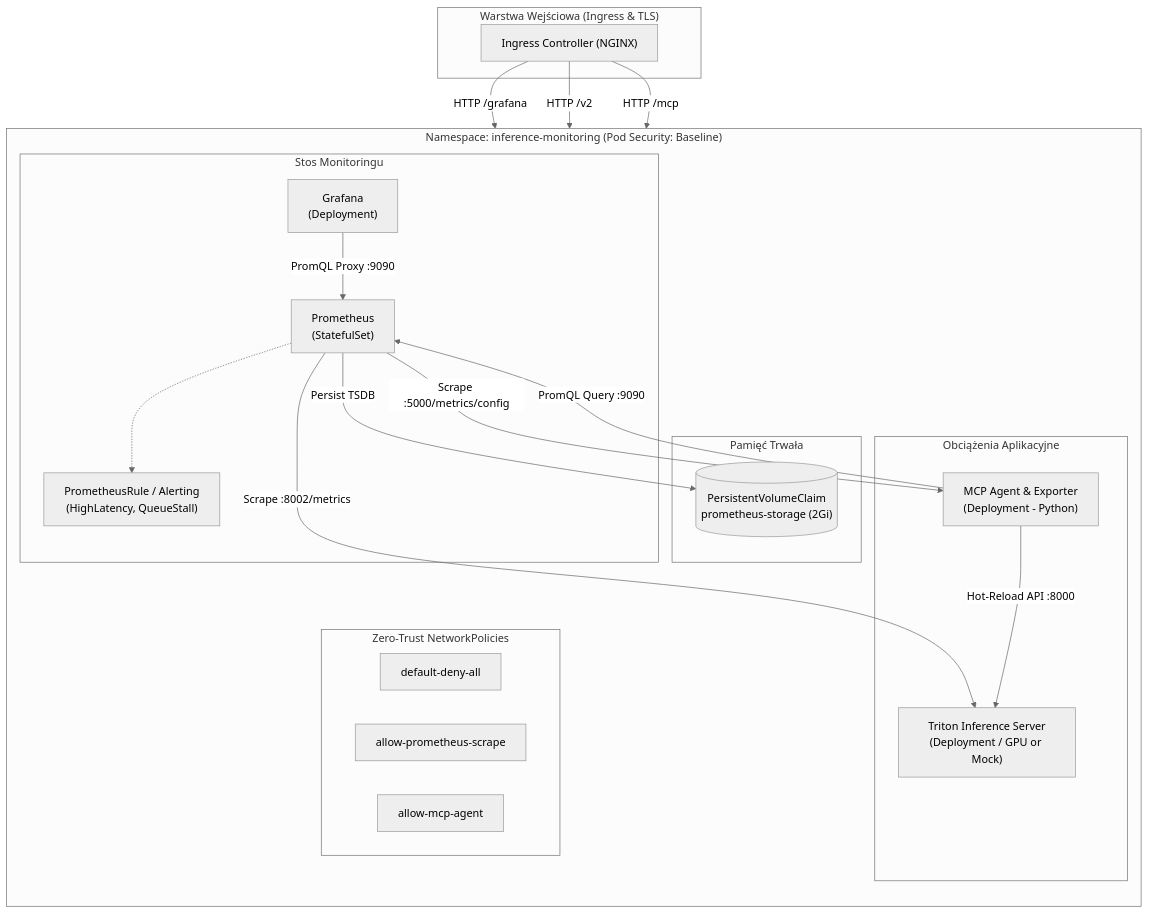
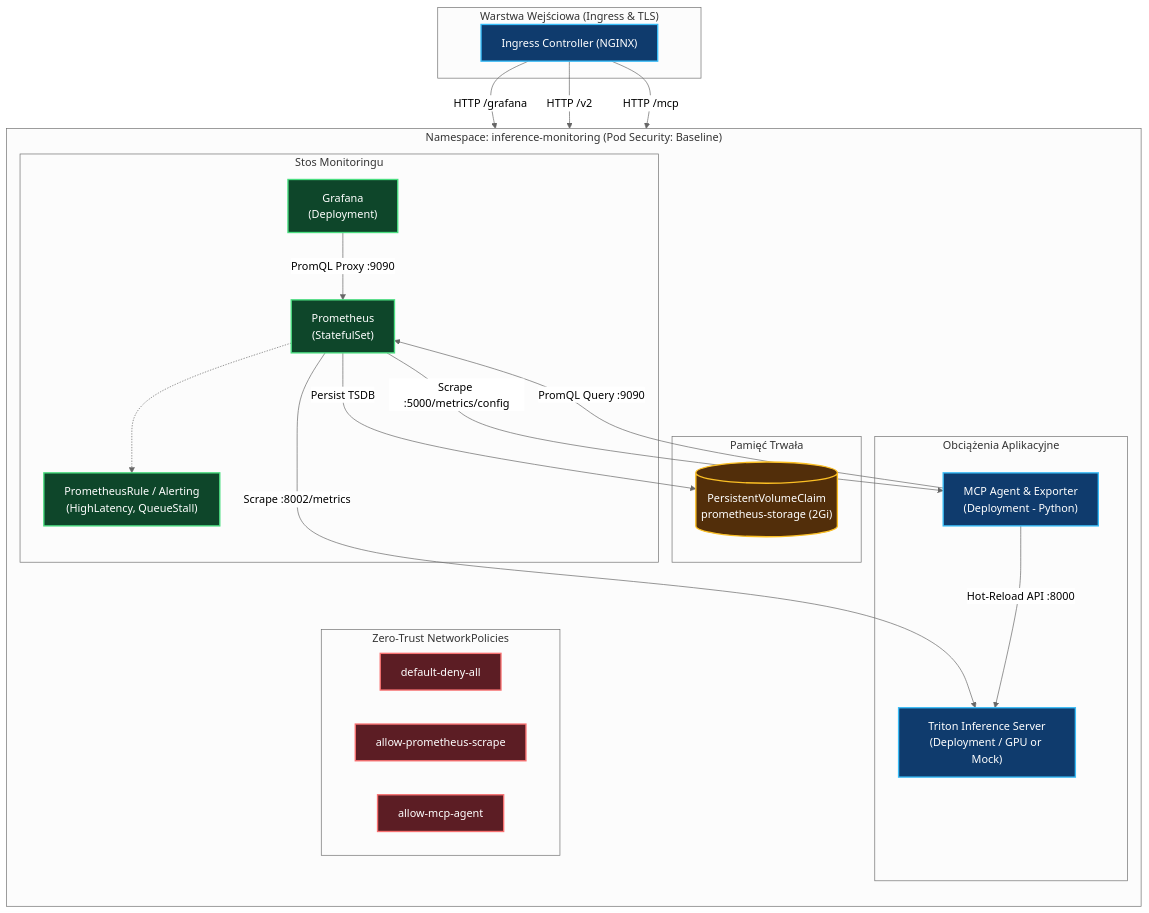
The first of 2 diagrams in docs/DOKUMENTACJA_TECHNICZNA.md (Shengan01/Inference-Server), drawn with Mermaid (neutral theme) before and after one commit. The commit also changed 2 other files, not shown here.

Commit message:
fix mermaid diagram font contrast across documentation

````diff
--- a/docs/DOKUMENTACJA_TECHNICZNA.md
+++ b/docs/DOKUMENTACJA_TECHNICZNA.md
@@ -39,44 +39,50 @@
 ```mermaid
 flowchart TD
+    classDef default fill:#1e293b,stroke:#475569,stroke-width:1.5px,color:#ffffff;
+    classDef k8s fill:#0f3b6d,stroke:#38bdf8,stroke-width:2px,color:#ffffff;
+    classDef obs fill:#0e462a,stroke:#4ade80,stroke-width:2px,color:#ffffff;
+    classDef sec fill:#5c1d24,stroke:#f87171,stroke-width:2px,color:#ffffff;
+    classDef storage fill:#522e0a,stroke:#fbbf24,stroke-width:2px,color:#ffffff;
+
     subgraph IngressLayer ["Warstwa Wejściowa (Ingress & TLS)"]
-        ING["Ingress Controller (NGINX)"]
+        ING["Ingress Controller (NGINX)"]:::k8s
     end
 
     subgraph MonitoringNamespace ["Namespace: inference-monitoring (Pod Security: Baseline)"]
         direction TB
 
         subgraph StorageLayer ["Pamięć Trwała"]
-            PVC[("PersistentVolumeClaim\nprometheus-storage (2Gi)")]
+            PVC[("PersistentVolumeClaim\nprometheus-storage (2Gi)")]:::storage
         end
 
         subgraph ObservabilityStack ["Stos Monitoringu"]
-            PROM["Prometheus\n(StatefulSet)"]
-            GRAF["Grafana\n(Deployment)"]
-            ALERTS["PrometheusRule / Alerting\n(HighLatency, QueueStall)"]
+            PROM["Prometheus\n(StatefulSet)"]:::obs
+            GRAF["Grafana\n(Deployment)"]:::obs
+            ALERTS["PrometheusRule / Alerting\n(HighLatency, QueueStall)"]:::obs
         end
 
         subgraph CoreWorkloads ["Obciążenia Aplikacyjne"]
-            TRITON["Triton Inference Server\n(Deployment / GPU or Mock)"]
-            AGENT["MCP Agent & Exporter\n(Deployment - Python)"]
+            TRITON["Triton Inference Server\n(Deployment / GPU or Mock)"]:::k8s
+            AGENT["MCP Agent & Exporter\n(Deployment - Python)"]:::k8s
         end
 
         subgraph NetworkIsolation ["Zero-Trust NetworkPolicies"]
-            NP1["default-deny-all"]
-            NP2["allow-prometheus-scrape"]
-            NP3["allow-mcp-agent"]
+            NP1["default-deny-all"]:::sec
+            NP2["allow-prometheus-scrape"]:::sec
+            NP3["allow-mcp-agent"]:::sec
         end
     end
 
     ING -->|HTTP /grafana| GRAF
     ING -->|HTTP /v2| TRITON
     ING -->|HTTP /mcp| AGENT
 
     PROM -->|Scrape :8002/metrics| TRITON
     PROM -->|Scrape :5000/metrics/config| AGENT
     PROM -->|Persist TSDB| PVC
     PROM -.-> ALERTS
 
     GRAF -->|PromQL Proxy :9090| PROM
     AGENT -->|PromQL Query :9090| PROM
     AGENT -->|Hot-Reload API :8000| TRITON
 ```
````
